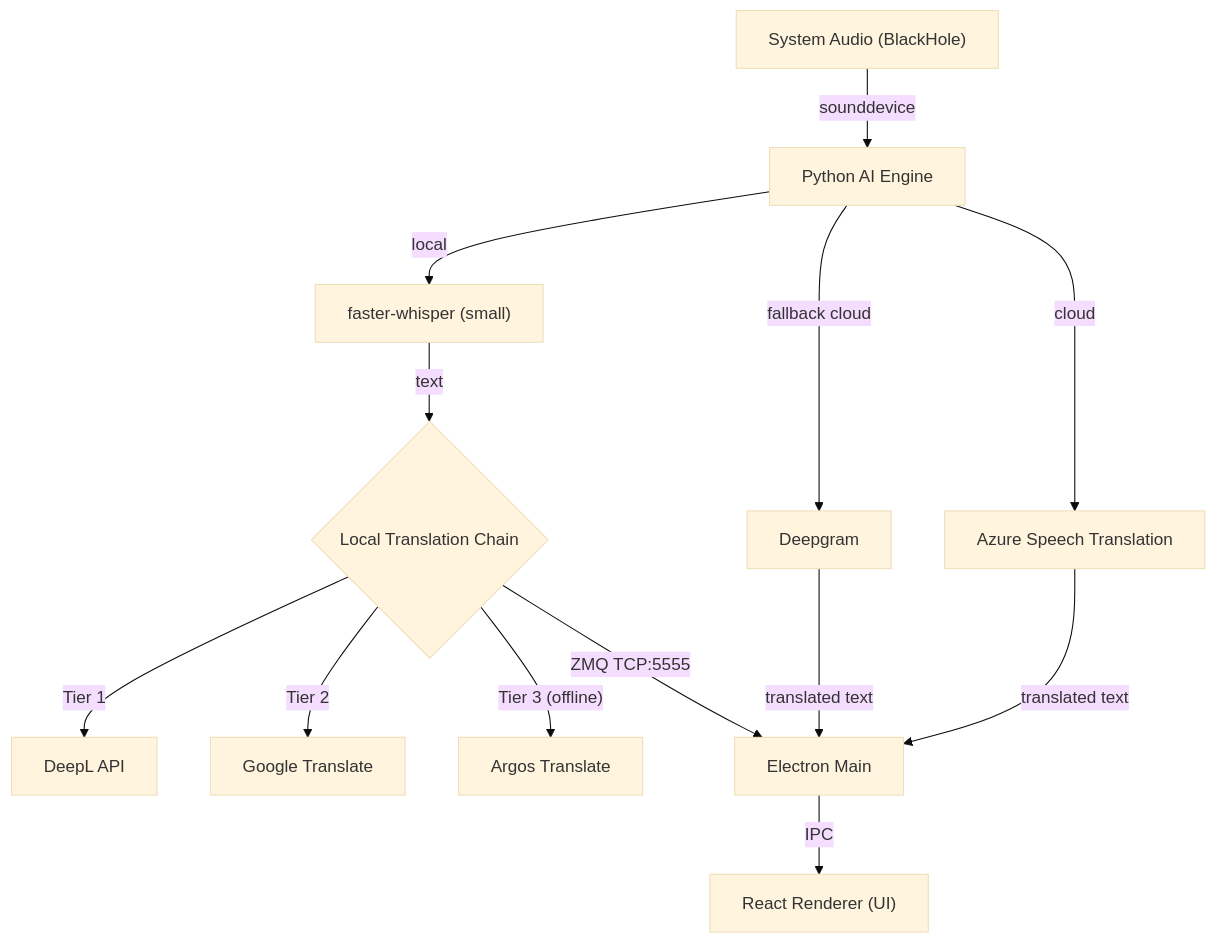
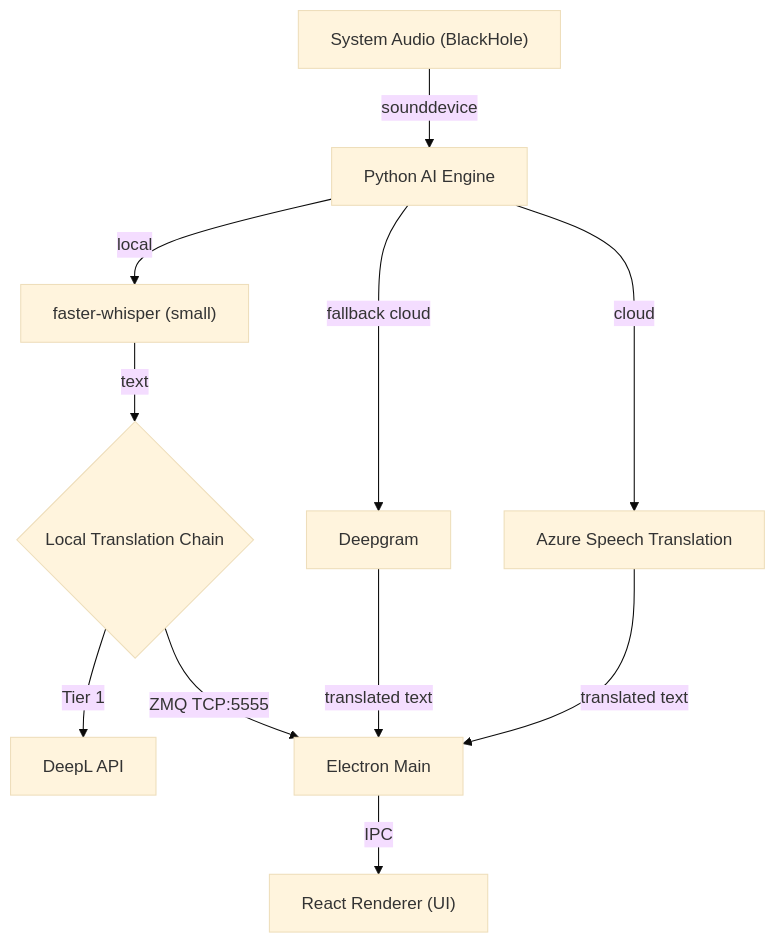
The diagram in README.md (senoldogann/Live-Translate), drawn with Mermaid (base theme) before and after one commit. The commit also changed other lines of this file and 2 other files, not shown here.

````diff
--- a/README.md
+++ b/README.md
@@ -71,15 +71,13 @@
 ```mermaid
 graph TD
     Audio["System Audio (BlackHole)"] -->|sounddevice| PyEngine["Python AI Engine"]
     PyEngine -->|cloud| Azure["Azure Speech Translation"]
     PyEngine -->|fallback cloud| Deepgram["Deepgram"]
     PyEngine -->|local| Whisper["faster-whisper (small)"]
     Whisper -->|text| TranslationChain{"Local Translation Chain"}
     TranslationChain -->|"Tier 1"| DeepL["DeepL API"]
-    TranslationChain -->|"Tier 2"| Google["Google Translate"]
-    TranslationChain -->|"Tier 3 (offline)"| Argos["Argos Translate"]
     Azure -->|translated text| Electron["Electron Main"]
     Deepgram -->|translated text| Electron
     TranslationChain -->|ZMQ TCP:5555| Electron
     Electron -->|IPC| React["React Renderer (UI)"]
 ```
````
